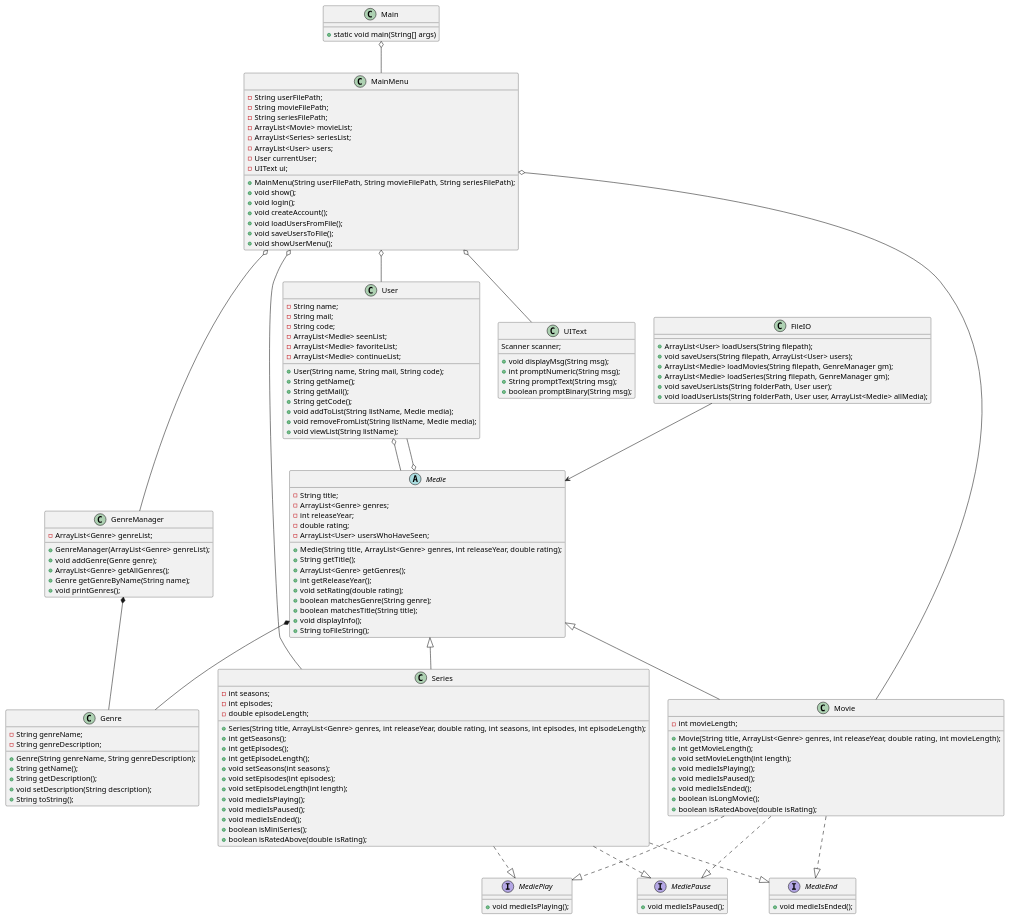
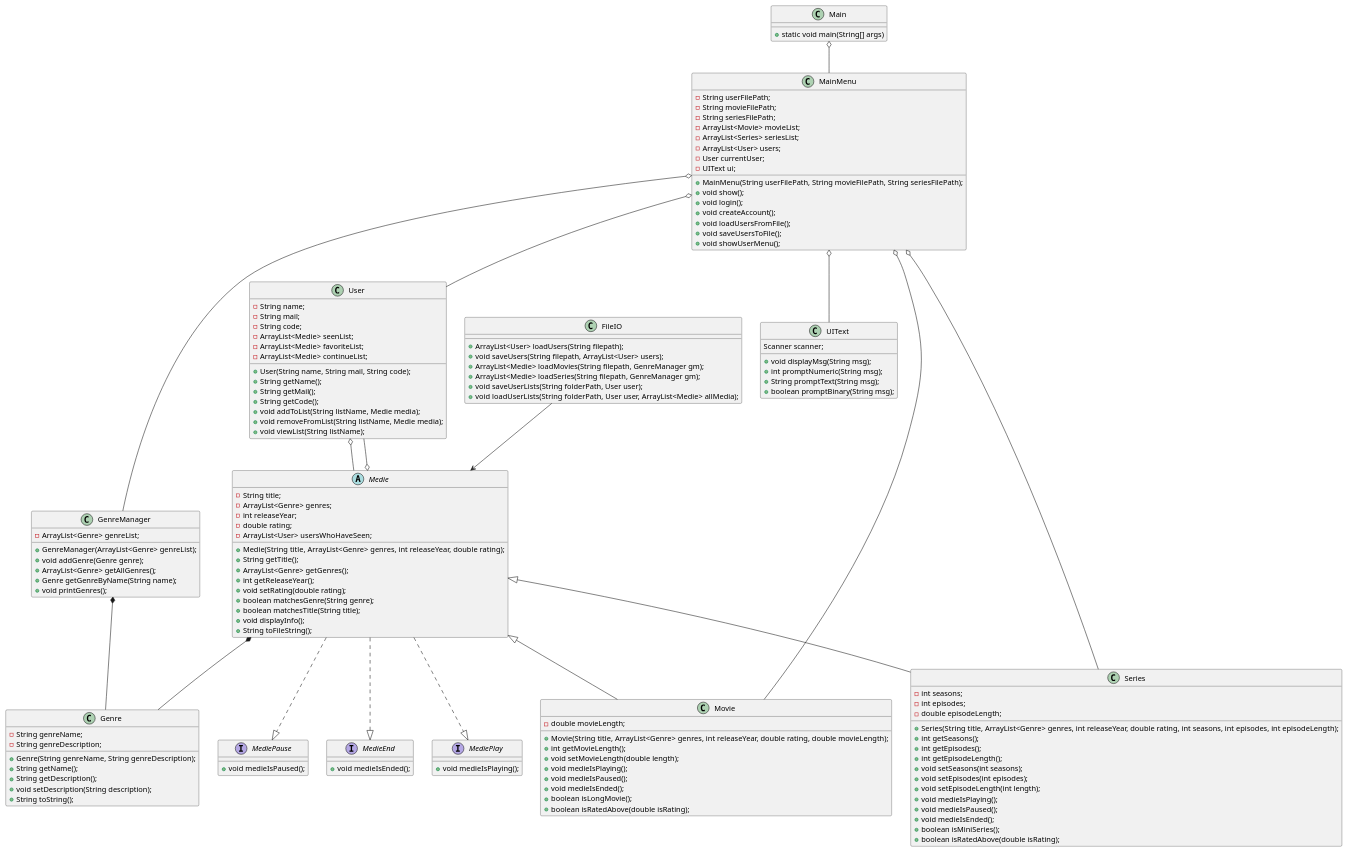
One commit to KhattabE/SP3 changed the diagram in doc/classdiagram_v1.puml. Above: the diagram before and after it, drawn with PlantUML. The commit also changed 3 other files, not shown here.

```diff
--- a/doc/classdiagram_v1.puml
+++ b/doc/classdiagram_v1.puml
@@ -1,173 +1,171 @@
 @startuml
 'https://plantuml.com/class-diagram
 
 class Main{
     +static void main(String[] args)
 }
 
 
 
 class MainMenu {
     -String userFilePath;
     -String movieFilePath;
     -String seriesFilePath;
     + MainMenu(String userFilePath, String movieFilePath, String seriesFilePath);
     -ArrayList<Movie> movieList;
     -ArrayList<Series> seriesList;
     -ArrayList<User> users;
     -User currentUser;
     -UIText ui;
 
     +void show();
     +void login();
     +void createAccount();
     +void loadUsersFromFile();
     +void saveUsersToFile();
     +void showUserMenu();
 }
 
 class UIText {
         Scanner scanner;
         +void displayMsg(String msg);
         +int promptNumeric(String msg);
         +String promptText(String msg);
         +boolean promptBinary(String msg);
 }
 
 class FileIO {
     +ArrayList<User> loadUsers(String filepath);
     +void saveUsers(String filepath, ArrayList<User> users);
     +ArrayList<Medie> loadMovies(String filepath, GenreManager gm);
     +ArrayList<Medie> loadSeries(String filepath, GenreManager gm);
     +void saveUserLists(String folderPath, User user);
     +void loadUserLists(String folderPath, User user, ArrayList<Medie> allMedia);
 }
 
 interface MediePlay {
     +void medieIsPlaying();
 }
 
 interface MediePause {
     +void medieIsPaused();
 }
 
 interface MedieEnd {
     +void medieIsEnded();
 }
 
 abstract class Medie {
     -String title;
     -ArrayList<Genre> genres;
     -int releaseYear;
     -double rating;
     -ArrayList<User> usersWhoHaveSeen;
 
     +Medie(String title, ArrayList<Genre> genres, int releaseYear, double rating);
     +String getTitle();
     +ArrayList<Genre> getGenres();
     +int getReleaseYear();
     +void setRating(double rating);
     +boolean matchesGenre(String genre);
     +boolean matchesTitle(String title);
     +void displayInfo();
     +String toFileString();
 }
 class Movie {
-    -int movieLength;
+    -double movieLength;
 
-    +Movie(String title, ArrayList<Genre> genres, int releaseYear, double rating, int movieLength);
+    +Movie(String title, ArrayList<Genre> genres, int releaseYear, double rating, double movieLength);
     +int getMovieLength();
-    +void setMovieLength(int length);
+    +void setMovieLength(double length);
     +void medieIsPlaying();
     +void medieIsPaused();
     +void medieIsEnded();
     +boolean isLongMovie();
     +boolean isRatedAbove(double isRating);
 }
 
 class Series {
     -int seasons;
     -int episodes;
     -double episodeLength;
     +Series(String title, ArrayList<Genre> genres, int releaseYear, double rating, int seasons, int episodes, int episodeLength);
     +int getSeasons();
     +int getEpisodes();
     +int getEpisodeLength();
     +void setSeasons(int seasons);
     +void setEpisodes(int episodes);
     +void setEpisodeLength(int length);
     +void medieIsPlaying();
     +void medieIsPaused();
     +void medieIsEnded();
     +boolean isMiniSeries();
     +boolean isRatedAbove(double isRating);
 }
 
 class User {
     -String name;
     -String mail;
     -String code;
     -ArrayList<Medie> seenList;
     -ArrayList<Medie> favoriteList;
     -ArrayList<Medie> continueList;
     +User(String name, String mail, String code);
     +String getName();
     +String getMail();
     +String getCode();
     +void addToList(String listName, Medie media);
     +void removeFromList(String listName, Medie media);
     +void viewList(String listName);
 }
 
 class Genre {
     -String genreName;
     -String genreDescription;
     +Genre(String genreName, String genreDescription);
     +String getName();
     +String getDescription();
     +void setDescription(String description);
     +String toString();
 }
 
 class GenreManager {
     -ArrayList<Genre> genreList;
     +GenreManager(ArrayList<Genre> genreList);
     +void addGenre(Genre genre);
     +ArrayList<Genre> getAllGenres();
     +Genre getGenreByName(String name);
     +void printGenres();
 }
 
 ' IS-A relationships
 Medie <|-- Movie
 Medie <|-- Series
 
-Movie ..|> MediePlay
-Movie ..|> MediePause
-Movie ..|> MedieEnd
+Medie ..|> MediePlay
+Medie ..|> MediePause
+Medie ..|> MedieEnd
 
-Series ..|> MediePlay
-Series ..|> MediePause
-Series ..|> MedieEnd
+
 
 
 
 ' HAS-A relationships
 MainMenu o-- User
 MainMenu o-- UIText
 MainMenu o-- Movie
 MainMenu o-- Series
 MainMenu o-- GenreManager
 
 User o-- Medie
 Medie *-- Genre
 Medie o-- User
 
 GenreManager *-- Genre
 
 FileIO --> Medie
 Main o-- MainMenu
 
 
 
 @enduml
```
